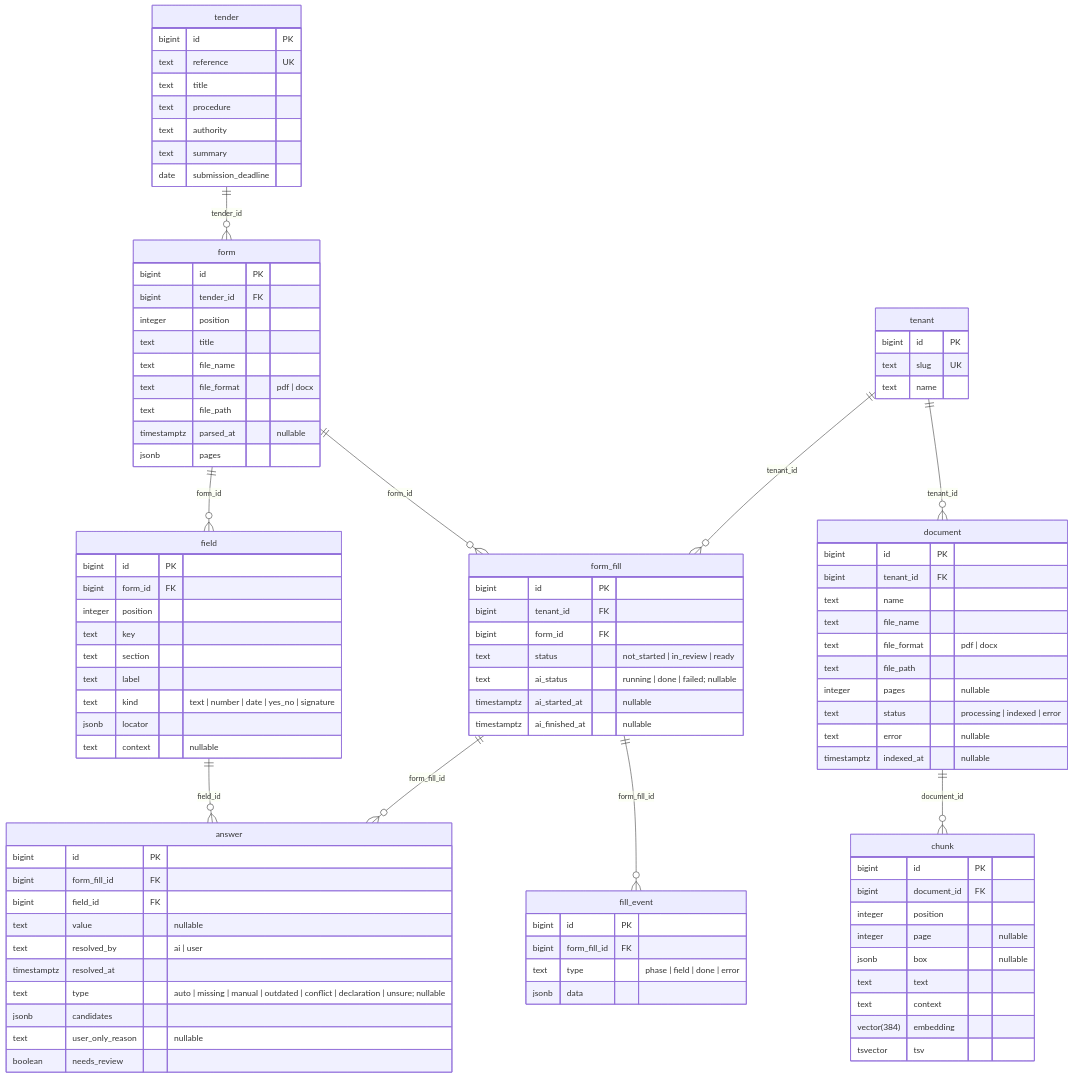
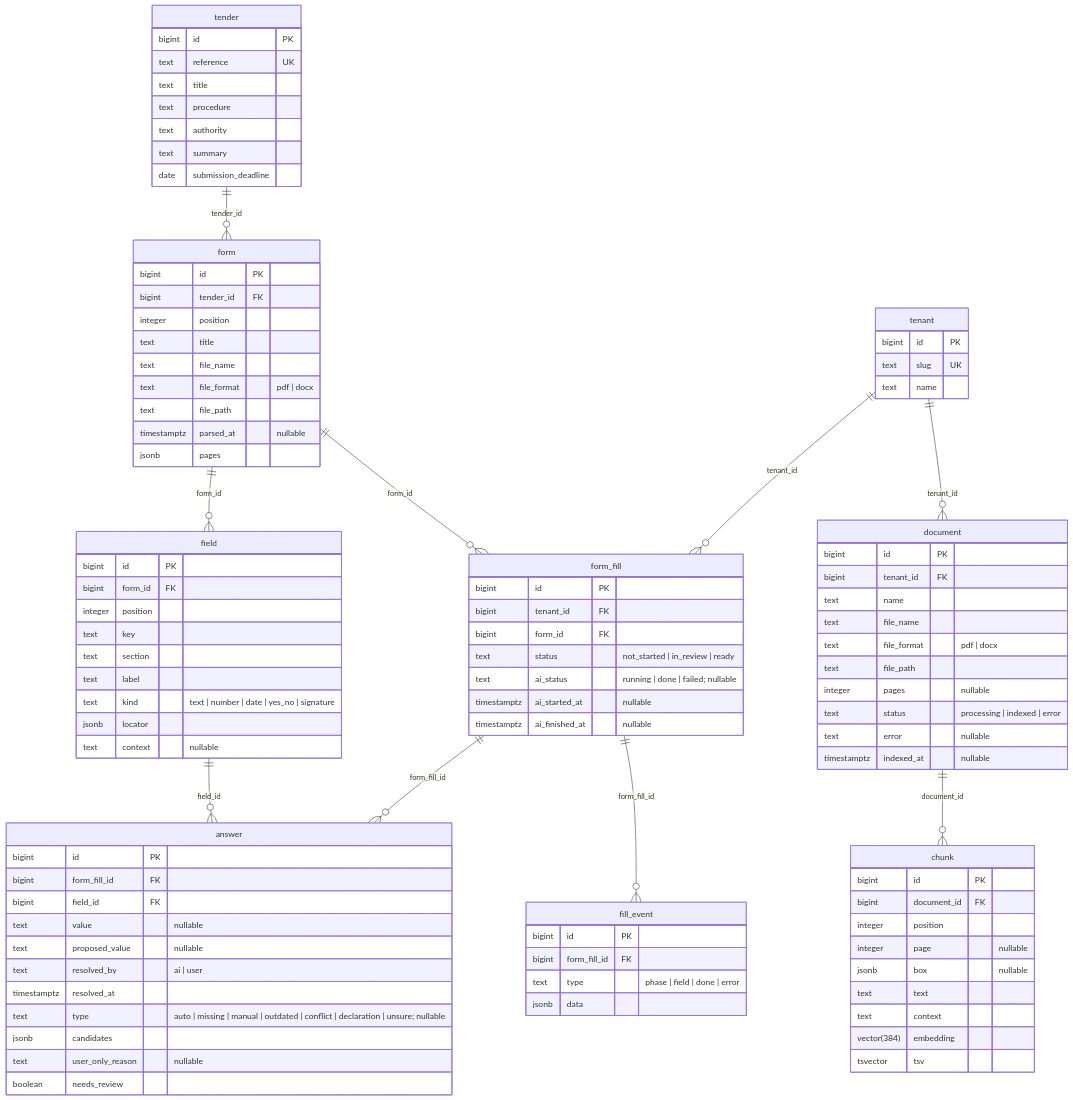
The diagram in docs/DB_SCHEMA.md (remilry/test-sealio), drawn with Mermaid before and after one commit. The commit also changed 9 other files, not shown here.

First line of the commit message:
feat(filling): remember the value the auto-fill proposed (step 7)

```diff
--- a/docs/DB_SCHEMA.md
+++ b/docs/DB_SCHEMA.md
@@ -22,6 +22,7 @@
         bigint form_fill_id FK
         bigint field_id FK
         text value "nullable"
+        text proposed_value "nullable"
         text resolved_by "ai | user"
         timestamptz resolved_at
         text type "auto | missing | manual | outdated | conflict | declaration | unsure; nullable"
```
